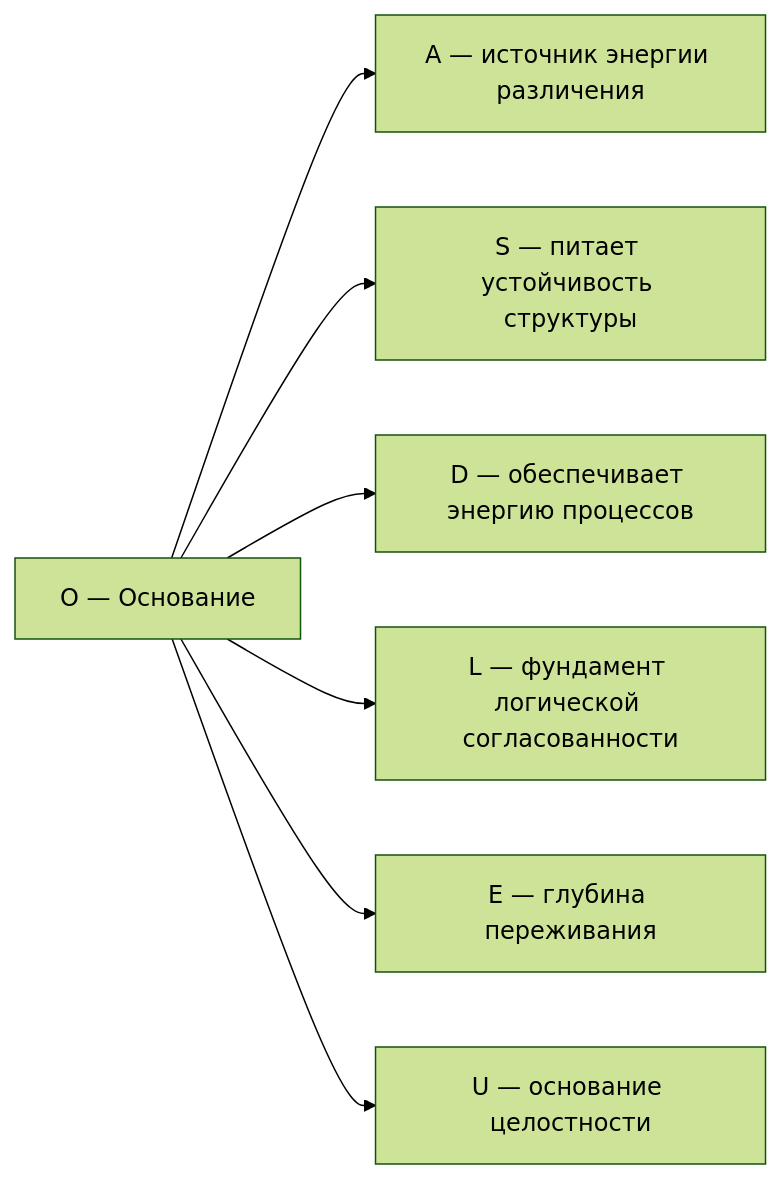
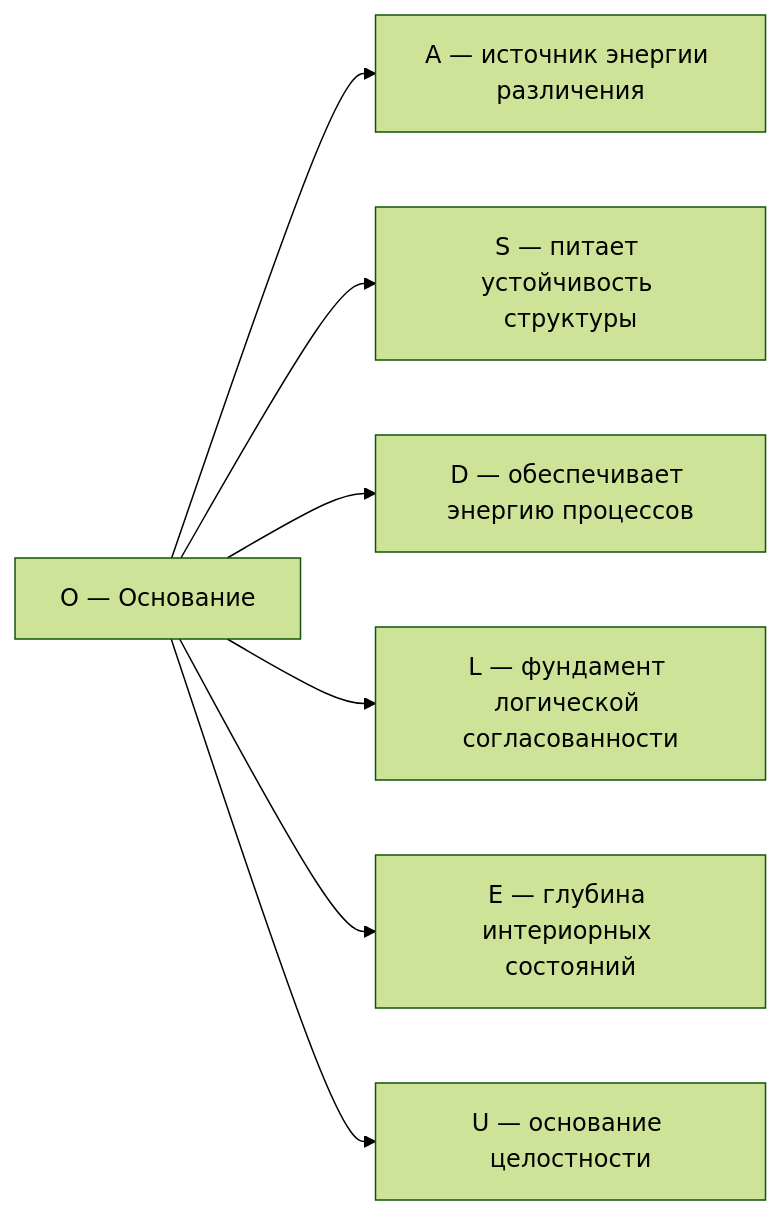
The diagram in website/docs/core/structure/dimension-o.md (uhm-theory/holon), drawn with Mermaid (forest theme) before and after one commit. The commit also changed other lines of this file and 175 other files, not shown here.

````diff
--- a/website/docs/core/structure/dimension-o.md
+++ b/website/docs/core/structure/dimension-o.md
@@ -276,9 +285,9 @@
 ```mermaid
 graph LR
     O[O — Основание] --> A[A — источник энергии различения]
     O --> S[S — питает устойчивость структуры]
     O --> D[D — обеспечивает энергию процессов]
     O --> L[L — фундамент логической согласованности]
-    O --> E[E — глубина переживания]
+    O --> E[E — глубина интериорных состояний]
     O --> U[U — основание целостности]
 ```
````
